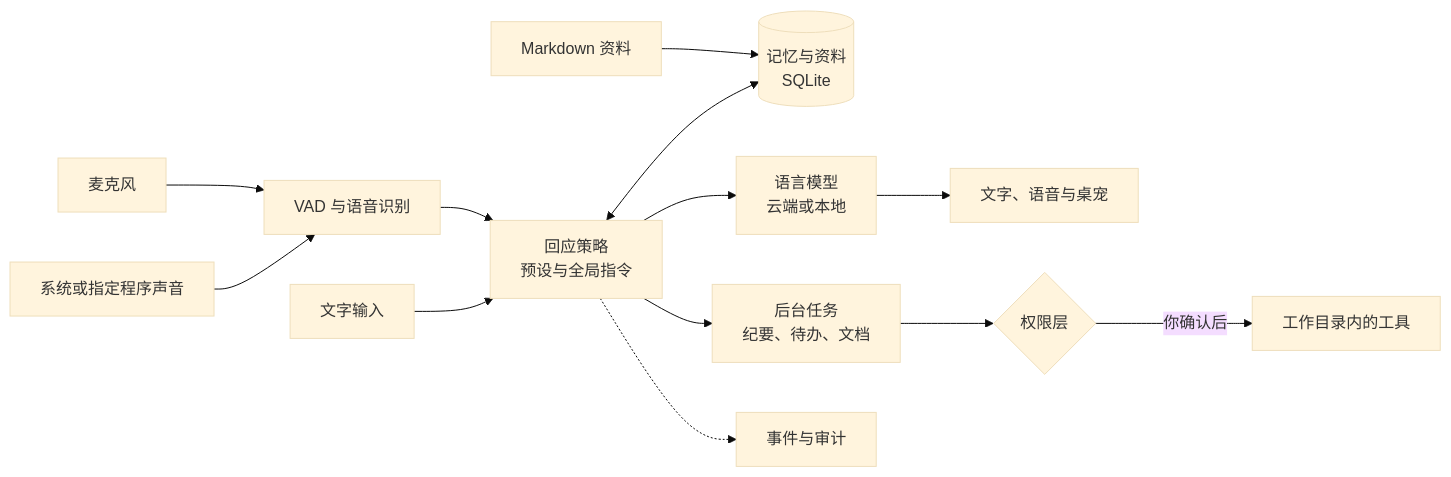
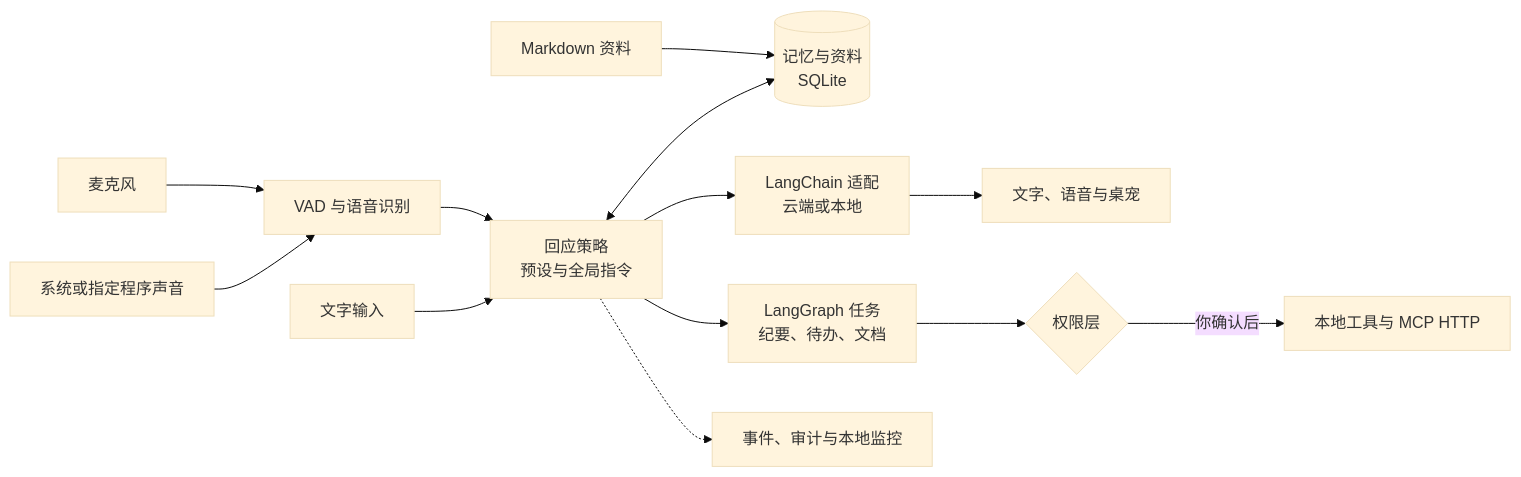
The diagram in README.md (MuzeAnisichael/GreatSage), drawn with Mermaid (base theme) before and after one commit. The commit also changed other lines of this file and 19 other files, not shown here.

````diff
--- a/README.md
+++ b/README.md
@@ -117,15 +127,15 @@
 ```mermaid
 flowchart LR
     Mic[麦克风] --> ASR[VAD 与语音识别]
     Desktop[系统或指定程序声音] --> ASR
     ASR --> Runtime[回应策略<br/>预设与全局指令]
     Text[文字输入] --> Runtime
     Docs[Markdown 资料] --> Memory[(记忆与资料<br/>SQLite)]
     Runtime <--> Memory
-    Runtime --> LLM[语言模型<br/>云端或本地]
+    Runtime --> LLM[LangChain 适配<br/>云端或本地]
     LLM --> Output[文字、语音与桌宠]
-    Runtime --> Tasks[后台任务<br/>纪要、待办、文档]
+    Runtime --> Tasks[LangGraph 任务<br/>纪要、待办、文档]
     Tasks --> Policy{权限层}
-    Policy -->|你确认后| Tools[工作目录内的工具]
-    Runtime -.-> Audit[事件与审计]
+    Policy -->|你确认后| Tools[本地工具与 MCP HTTP]
+    Runtime -.-> Audit[事件、审计与本地监控]
 ```
````
